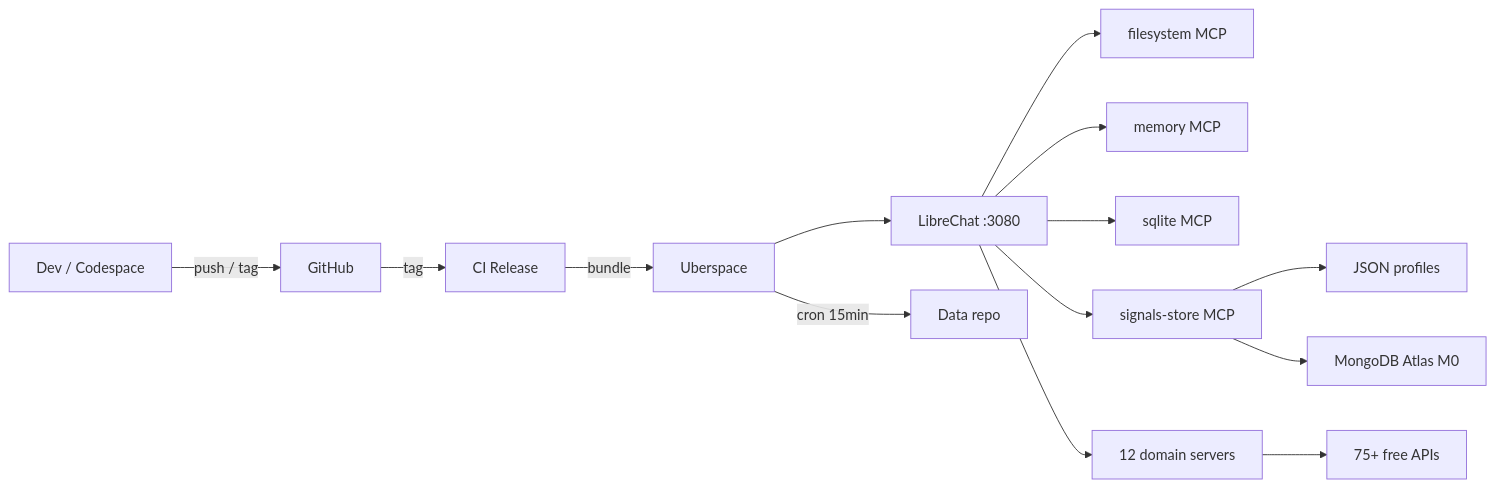
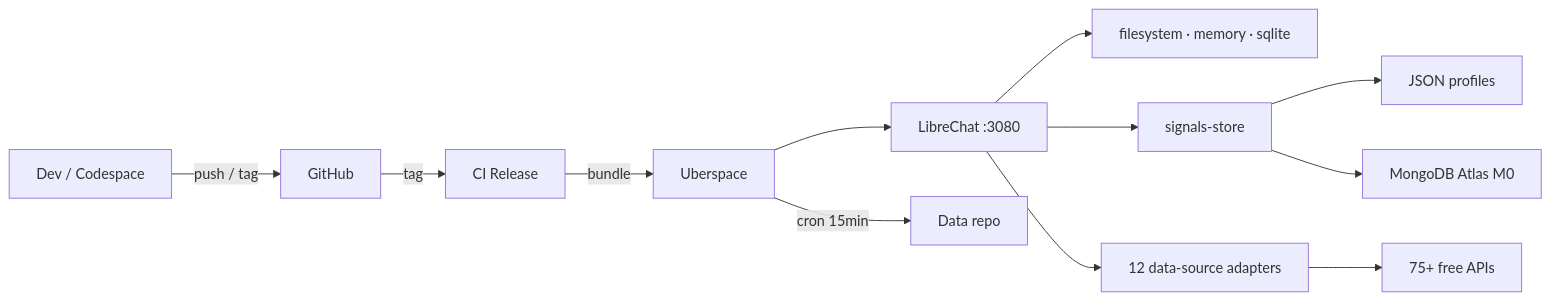
Before and after one commit to ManuelKugelmann/TradingAssistant: the diagram in README.md, drawn with Mermaid. The commit also changed other lines of this file, not shown here.

Commit message:
README: distinguish custom adapters from community MCP servers
https://claude.ai/code/session_01NpNdgcBvoDj48Q5AzA81KK

````diff
--- a/README.md
+++ b/README.md
@@ -10,18 +11,17 @@
 ```mermaid
 graph LR
     Dev[Dev / Codespace] -->|push / tag| GH[GitHub]
     GH -->|tag| CI[CI Release]
     CI -->|bundle| Uber[Uberspace]
 
     Uber --> LC[LibreChat :3080]
-    LC --> FS[filesystem MCP]
-    LC --> Mem[memory MCP]
-    LC --> SQL[sqlite MCP]
-    LC --> Store[signals-store MCP]
-    LC --> Domain[12 domain servers]
+
+    LC --> Community[filesystem · memory · sqlite]
+    LC --> Store[signals-store]
+    LC --> Adapters[12 data-source adapters]
 
     Store --> Profiles[JSON profiles]
     Store --> Atlas[MongoDB Atlas M0]
-    Domain --> APIs[75+ free APIs]
+    Adapters --> APIs[75+ free APIs]
     Uber -->|cron 15min| DataRepo[Data repo]
 ```
````
